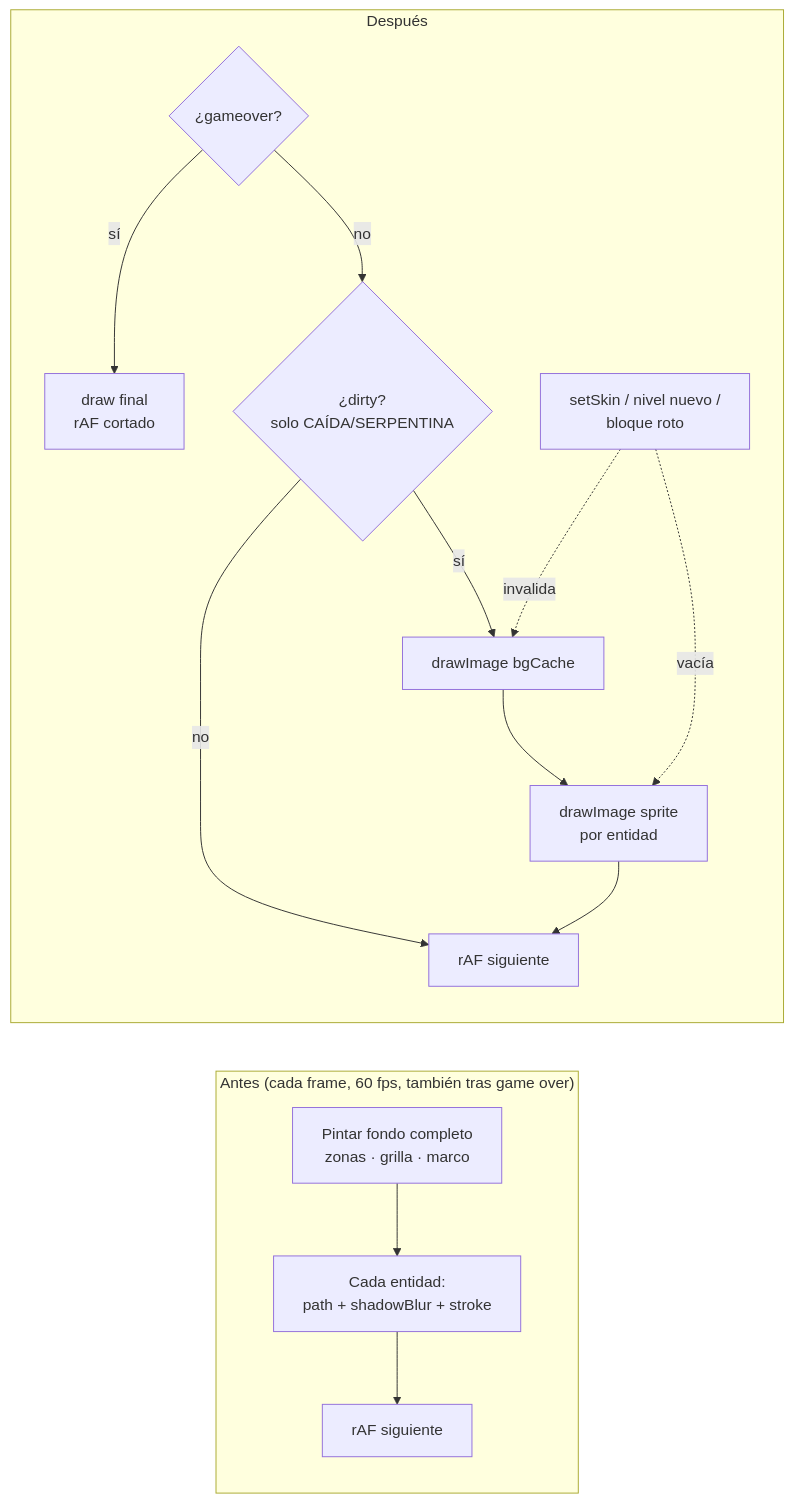
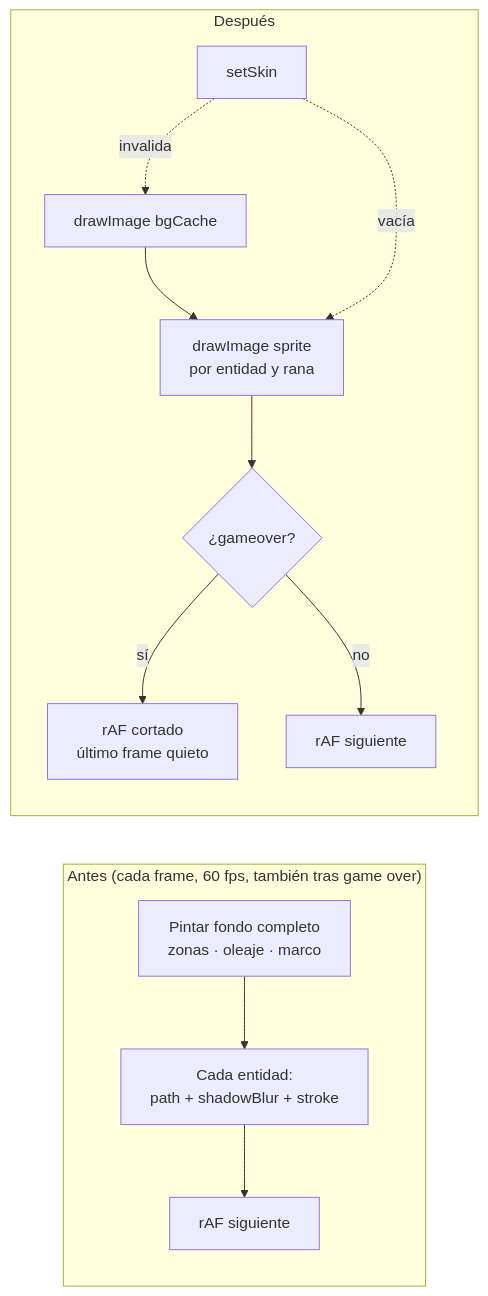
Before and after one commit to idiegocs/arcade-vault: the diagram in specs/14-rendimiento-motores-v0.5.2.md, drawn with Mermaid. The commit also changed other lines of this file and 1 other file, not shown here.

First line of the commit message:
perf: RANARIA congela el canvas tras el game over y cachea fondo y glow (spec 14, pasos 3-4)

````diff
--- a/specs/14-rendimiento-motores-v0.5.2.md
+++ b/specs/14-rendimiento-motores-v0.5.2.md
@@ -86,17 +74,15 @@
 ```mermaid
 flowchart LR
   subgraph Antes["Antes (cada frame, 60 fps, también tras game over)"]
-    A1[Pintar fondo completo<br/>zonas · grilla · marco] --> A2[Cada entidad:<br/>path + shadowBlur + stroke]
+    A1[Pintar fondo completo<br/>zonas · oleaje · marco] --> A2[Cada entidad:<br/>path + shadowBlur + stroke]
     A2 --> A3[rAF siguiente]
   end
   subgraph Despues["Después"]
-    B0{¿gameover?} -- sí --> B9[draw final<br/>rAF cortado]
-    B0 -- no --> B1{¿dirty?<br/>solo CAÍDA/SERPENTINA}
-    B1 -- no --> B5[rAF siguiente]
-    B1 -- sí --> B2[drawImage bgCache]
-    B2 --> B3[drawImage sprite<br/>por entidad]
-    B3 --> B5
-    S[setSkin / nivel nuevo /<br/>bloque roto] -. invalida .-> B2
+    B2[drawImage bgCache] --> B3[drawImage sprite<br/>por entidad y rana]
+    B3 --> B0{¿gameover?}
+    B0 -- sí --> B9[rAF cortado<br/>último frame quieto]
+    B0 -- no --> B5[rAF siguiente]
+    S[setSkin] -. invalida .-> B2
     S -. vacía .-> B3
   end
 ```
````
